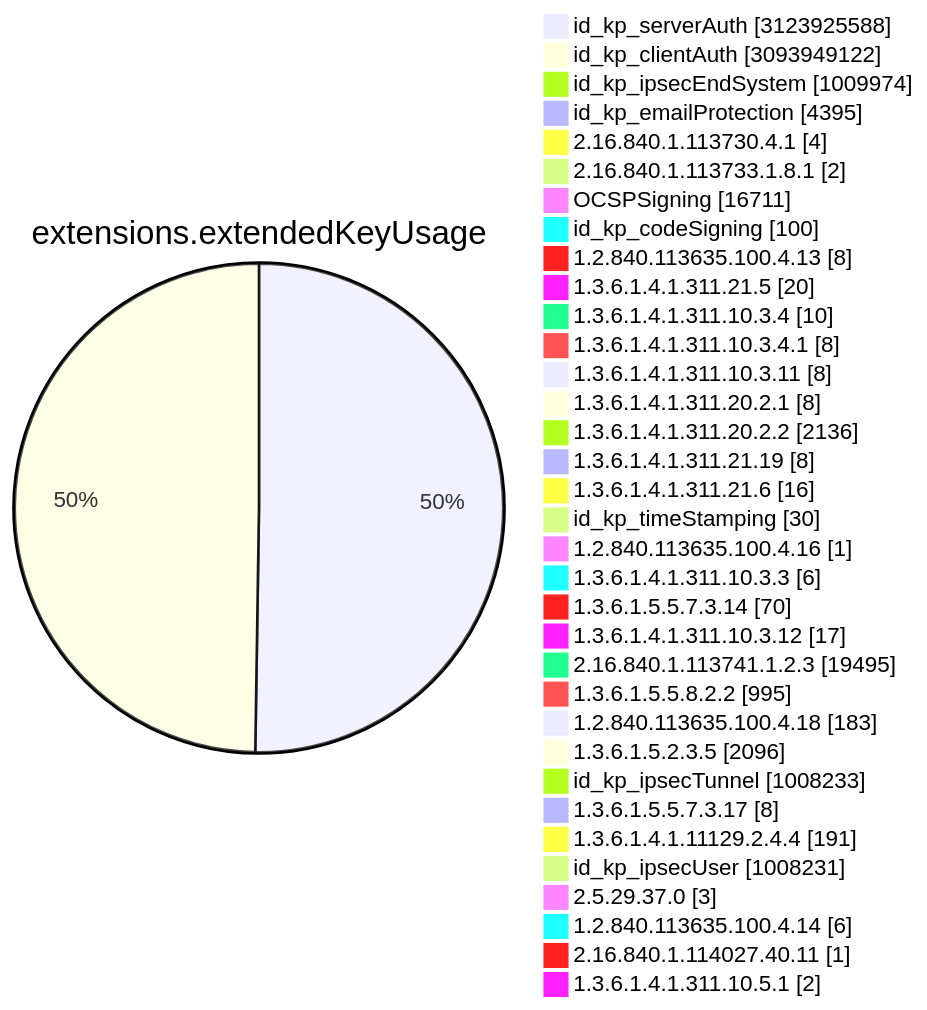
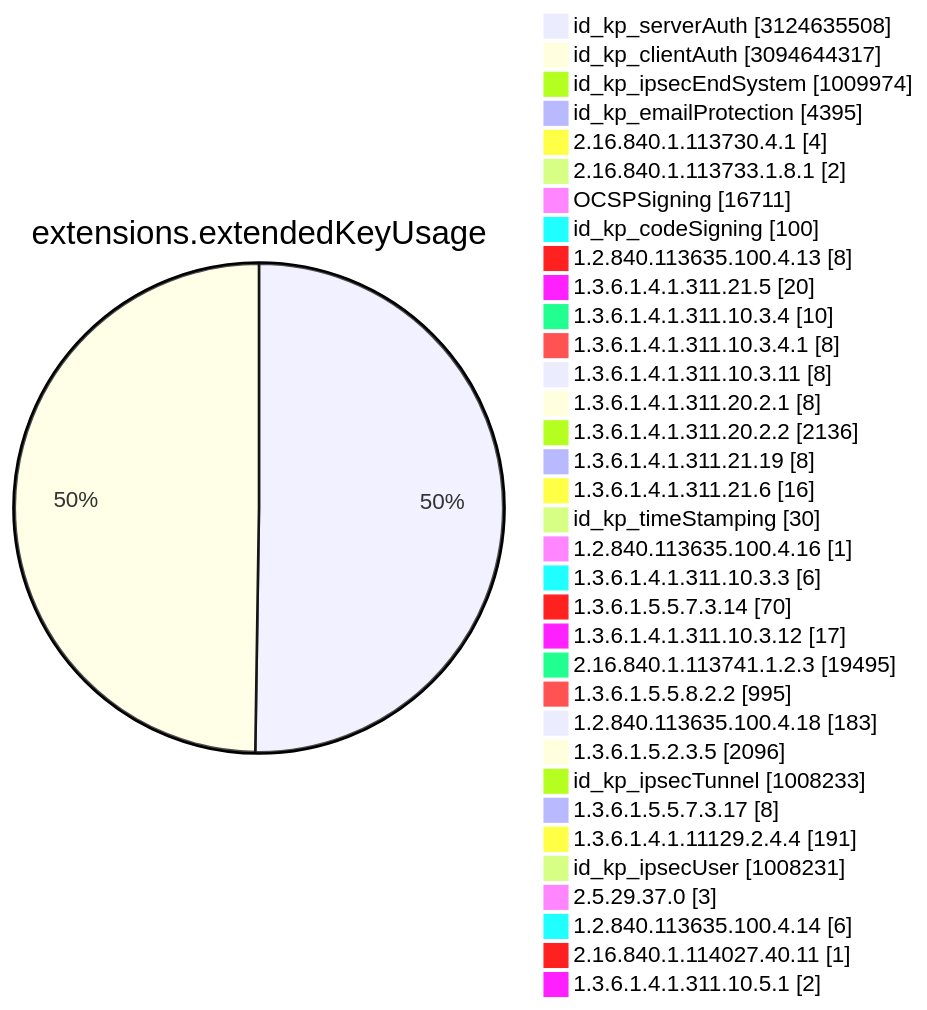
One commit to christiankrug/ctmonitor_visualization changed diagram 11 of 15 in TOTAL/README.md. Above: the diagram before and after it, drawn with Mermaid. The commit also changed other lines of this file, not shown here.

````diff
--- a/TOTAL/README.md
+++ b/TOTAL/README.md
@@ -4119,38 +4119,38 @@
 ```mermaid
 pie showData
 title extensions.extendedKeyUsage
-"id_kp_serverAuth" :3123925588
-"id_kp_clientAuth" :3093949122
+"id_kp_serverAuth" :3124635508
+"id_kp_clientAuth" :3094644317
 "id_kp_ipsecEndSystem" :1009974
 "id_kp_emailProtection" :4395
 "2.16.840.1.113730.4.1" :4
 "2.16.840.1.113733.1.8.1" :2
 "OCSPSigning" :16711
 "id_kp_codeSigning" :100
 "1.2.840.113635.100.4.13" :8
 "1.3.6.1.4.1.311.21.5" :20
 "1.3.6.1.4.1.311.10.3.4" :10
 "1.3.6.1.4.1.311.10.3.4.1" :8
 "1.3.6.1.4.1.311.10.3.11" :8
 "1.3.6.1.4.1.311.20.2.1" :8
 "1.3.6.1.4.1.311.20.2.2" :2136
 "1.3.6.1.4.1.311.21.19" :8
 "1.3.6.1.4.1.311.21.6" :16
 "id_kp_timeStamping" :30
 "1.2.840.113635.100.4.16" :1
 "1.3.6.1.4.1.311.10.3.3" :6
 "1.3.6.1.5.5.7.3.14" :70
 "1.3.6.1.4.1.311.10.3.12" :17
 "2.16.840.1.113741.1.2.3" :19495
 "1.3.6.1.5.5.8.2.2" :995
 "1.2.840.113635.100.4.18" :183
 "1.3.6.1.5.2.3.5" :2096
 "id_kp_ipsecTunnel" :1008233
 "1.3.6.1.5.5.7.3.17" :8
 "1.3.6.1.4.1.11129.2.4.4" :191
 "id_kp_ipsecUser" :1008231
 "2.5.29.37.0" :3
 "1.2.840.113635.100.4.14" :6
 "2.16.840.1.114027.40.11" :1
 "1.3.6.1.4.1.311.10.5.1" :2
 ```
````
